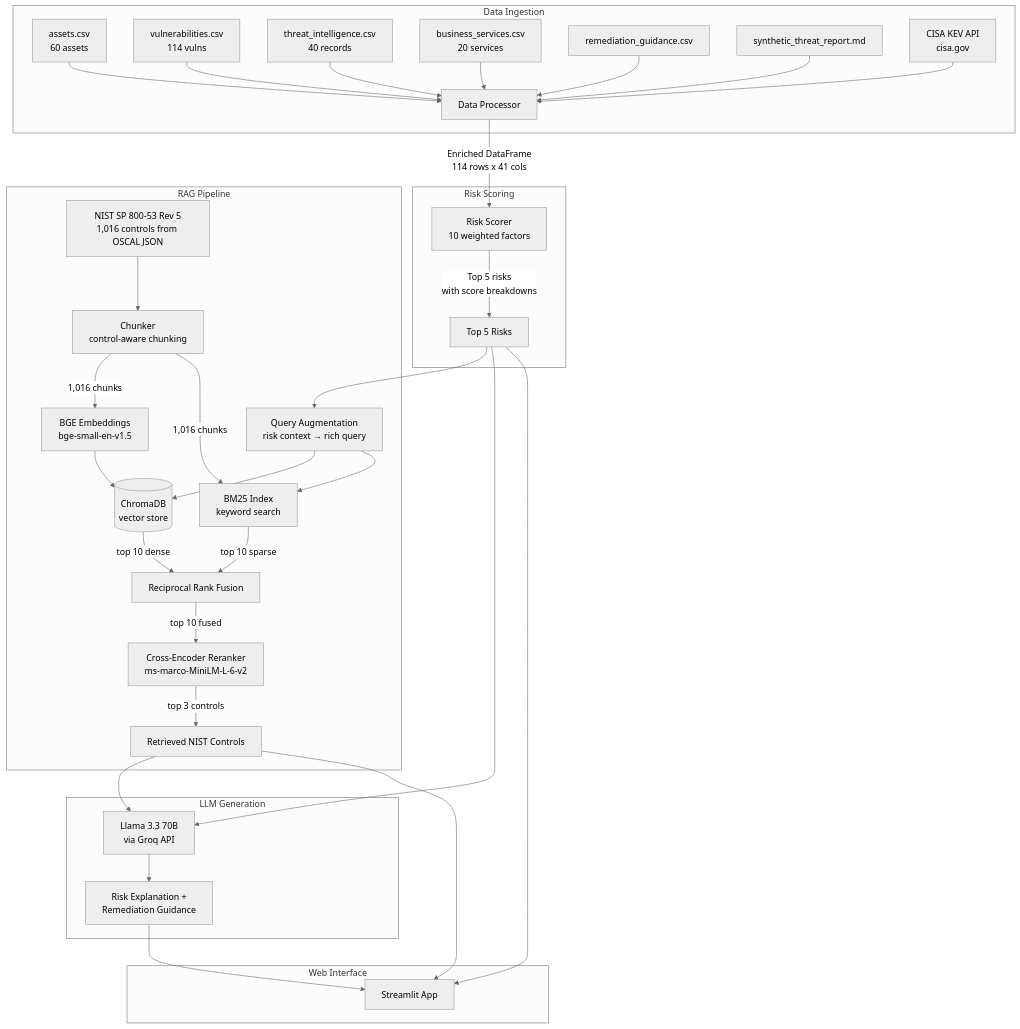
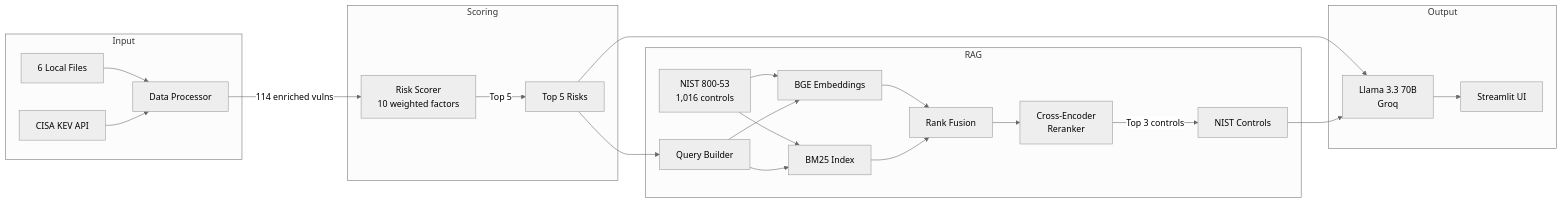
The first of 2 diagrams in README.md (Yashraj0906/cyber-risk-assistant), drawn with Mermaid (neutral theme) before and after one commit. The commit also changed other lines of this file, not shown here.

````diff
--- a/README.md
+++ b/README.md
@@ -12,44 +37,30 @@
 ```mermaid
-graph TD
-    subgraph Data Ingestion
-        A1[assets.csv<br/>60 assets] --> DP[Data Processor]
-        A2[vulnerabilities.csv<br/>114 vulns] --> DP
-        A3[threat_intelligence.csv<br/>40 records] --> DP
-        A4[business_services.csv<br/>20 services] --> DP
-        A5[remediation_guidance.csv] --> DP
-        A6[synthetic_threat_report.md] --> DP
-        A7[CISA KEV API<br/>cisa.gov] --> DP
+graph LR
+    subgraph Input
+        CSV[6 Local Files] --> DP[Data Processor]
+        KEV[CISA KEV API] --> DP
     end
 
-    subgraph Risk Scoring
-        DP --> |Enriched DataFrame<br/>114 rows x 41 cols| RS[Risk Scorer<br/>10 weighted factors]
-        RS --> |Top 5 risks<br/>with score breakdowns| TOP5[Top 5 Risks]
+    subgraph Scoring
+        DP --> |114 enriched vulns| RS[Risk Scorer<br/>10 weighted factors]
+        RS --> |Top 5| T5[Top 5 Risks]
     end
 
-    subgraph RAG Pipeline
-        NIST[NIST SP 800-53 Rev 5<br/>1,016 controls from OSCAL JSON] --> CH[Chunker<br/>control-aware chunking]
-        CH --> |1,016 chunks| EMB[BGE Embeddings<br/>bge-small-en-v1.5]
-        CH --> |1,016 chunks| BM[BM25 Index<br/>keyword search]
-        EMB --> VDB[(ChromaDB<br/>vector store)]
-
-        TOP5 --> QA[Query Augmentation<br/>risk context → rich query]
-        QA --> VDB
+    subgraph RAG
+        NIST[NIST 800-53<br/>1,016 controls] --> EMB[BGE Embeddings]
+        NIST --> BM[BM25 Index]
+        T5 --> QA[Query Builder]
+        QA --> EMB
         QA --> BM
-        VDB --> |top 10 dense| RRF[Reciprocal Rank Fusion]
-        BM --> |top 10 sparse| RRF
-        RRF --> |top 10 fused| RE[Cross-Encoder Reranker<br/>ms-marco-MiniLM-L-6-v2]
-        RE --> |top 3 controls| CTRL[Retrieved NIST Controls]
+        EMB --> RRF[Rank Fusion]
+        BM --> RRF
+        RRF --> RR[Cross-Encoder<br/>Reranker]
+        RR --> |Top 3 controls| C[NIST Controls]
     end
 
-    subgraph LLM Generation
-        TOP5 --> LLM[Llama 3.3 70B<br/>via Groq API]
-        CTRL --> LLM
-        LLM --> OUT[Risk Explanation +<br/>Remediation Guidance]
-    end
-
-    subgraph Web Interface
-        OUT --> ST[Streamlit App]
-        TOP5 --> ST
-        CTRL --> ST
+    subgraph Output
+        T5 --> LLM[Llama 3.3 70B<br/>Groq]
+        C --> LLM
+        LLM --> UI[Streamlit UI]
     end
 ```
````
